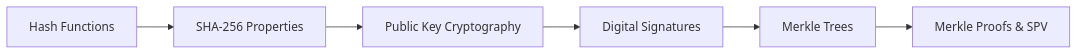
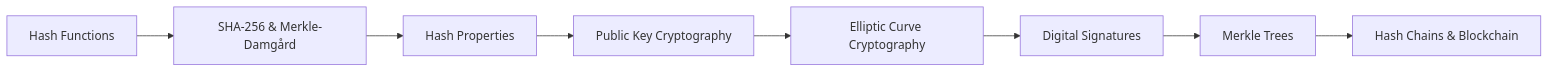
The first of 6 diagrams in docs/courses/blockchain/02-cryptography.md (Raushan666java/ai-engineering-journey), drawn with Mermaid before and after one commit. The commit also changed other lines of this file and 62 other files, not shown here.

````diff
--- a/docs/courses/blockchain/02-cryptography.md
+++ b/docs/courses/blockchain/02-cryptography.md
@@ -26,8 +31,10 @@
 ```mermaid
 flowchart LR
-    A[Hash Functions] --> B[SHA-256 Properties]
-    B --> C[Public Key Cryptography]
-    C --> D[Digital Signatures]
-    D --> E[Merkle Trees]
-    E --> F[Merkle Proofs & SPV]
+    A[Hash Functions] --> B[SHA-256 & Merkle-Damgård]
+    B --> C[Hash Properties]
+    C --> D[Public Key Cryptography]
+    D --> E[Elliptic Curve Cryptography]
+    E --> F[Digital Signatures]
+    F --> G[Merkle Trees]
+    G --> H[Hash Chains & Blockchain]
 ```
````
